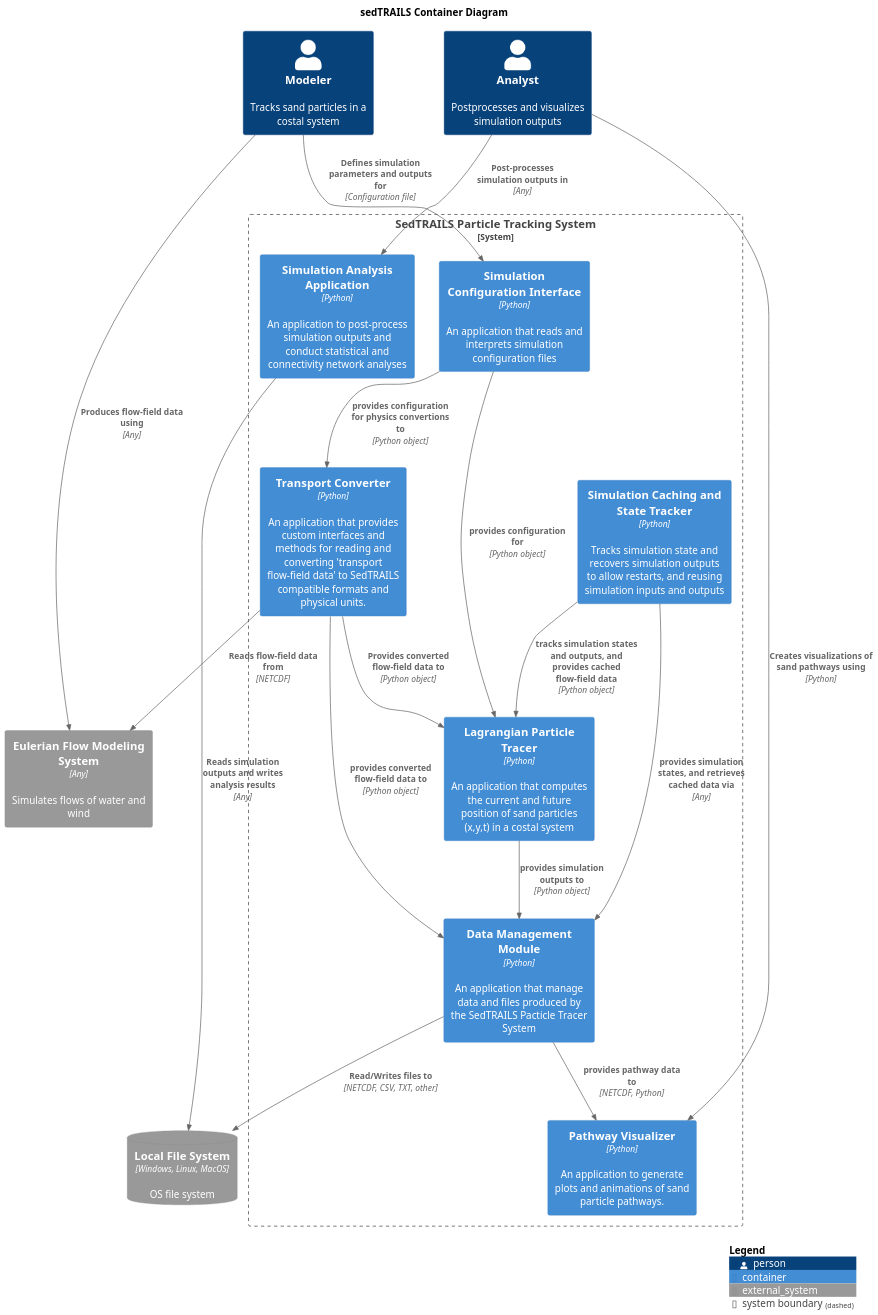
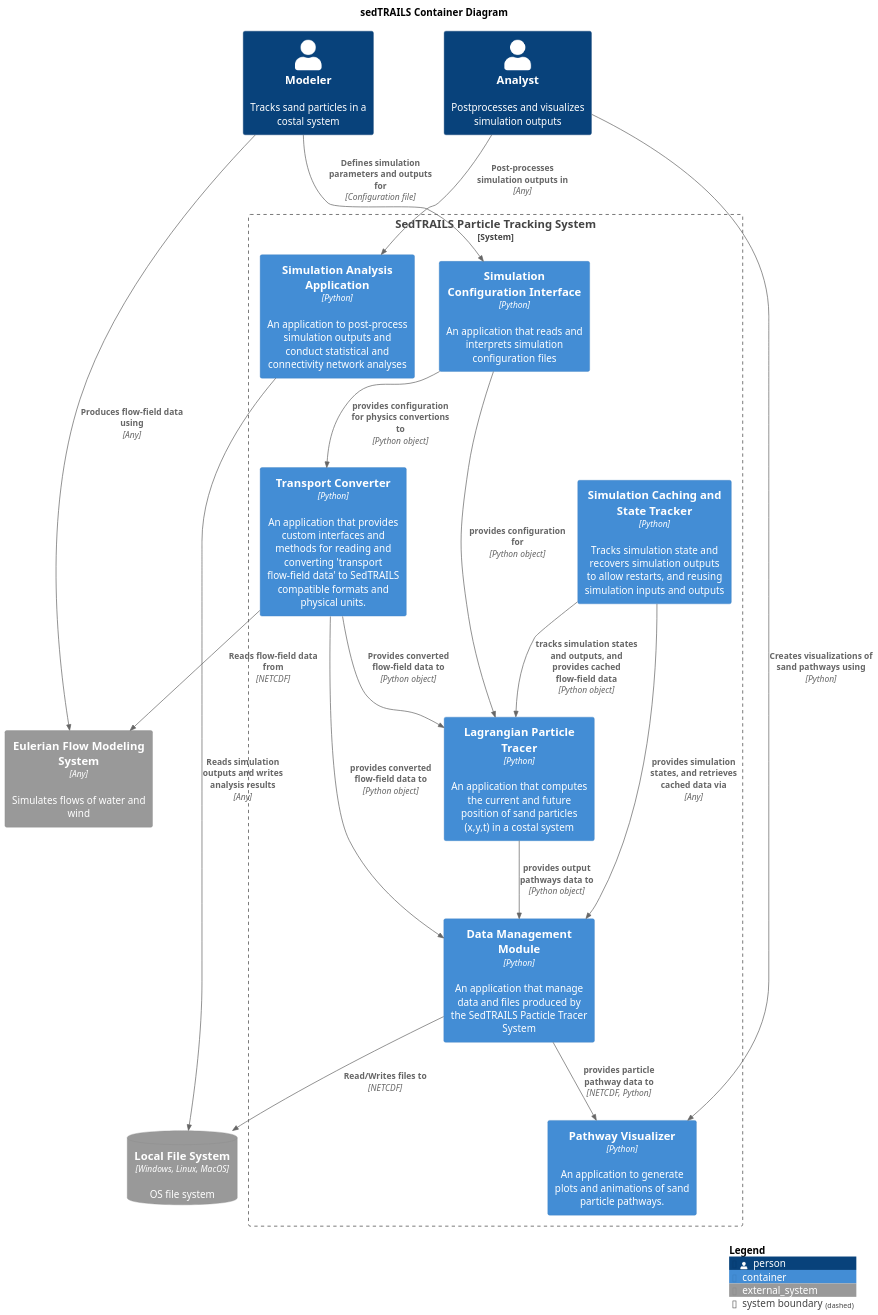
One commit to sgpearson17/sedtrails-sgp changed the diagram in diagrams/containers.puml. Above: the diagram before and after it, drawn with PlantUML.

Commit message:
Refine relationships in containers diagram for clarity and consistency

```diff
--- a/diagrams/containers.puml
+++ b/diagrams/containers.puml
@@ -1,61 +1,59 @@
 @startuml SedtrailContainer
 !include ./c4/C4_Container.puml
 
 title sedTRAILS Container Diagram
 scale 1.5
 ' LAYOUT_LANDSCAPE()
 
 
 Person(modeler, "Modeler", "Tracks sand particles in a costal system")
 Person(analyst, "Analyst", "Postprocesses and visualizes simulation outputs")
 
 System_Boundary(sedtrailsSystem, "SedTRAILS Particle Tracking System"){ 
     Container(sedtrailsTracer, "Lagrangian Particle Tracer", "Python", "An application that computes the current and future position of sand particles (x,y,t) in a costal system")
 
     Container(configInterface, "Simulation Configuration Interface", "Python", "An application that reads and interprets simulation configuration files")
 
     Container(transportConverter, "Transport Converter", "Python", "An application that provides custom interfaces and methods for reading and converting 'transport flow-field data' to SedTRAILS compatible formats and physical units.")
     Container(pathwayVisualizer, "Pathway Visualizer", "Python", "An application to generate plots and animations of sand particle pathways.")
     Container(cache, "Simulation Caching and State Tracker", "Python", "Tracks simulation state and recovers simulation outputs to allow restarts, and reusing simulation inputs and outputs")
     Container(dataManager, "Data Management Module", "Python", "An application that manage data and files produced by the SedTRAILS Pacticle Tracer System")
 
     ' Container(connectivityNetworkSys, "Connectivity Network Application", "Python", "Tools for connectivity network analysis")
 
     ' Container(statisticsSys, "Statistical Analysis Application", "Python", "Tools for various statistical analysis")
 
     Container(analystApp, "Simulation Analysis Application", "Python", "An application to post-process simulation outputs and conduct statistical and connectivity network analyses")
  
     Rel(transportConverter, sedtrailsTracer, "Provides converted flow-field data to", "Python object")
 
     Rel(cache, sedtrailsTracer, "tracks simulation states and outputs, and provides cached flow-field data", "Python object")
     Rel(configInterface, transportConverter, "provides configuration for physics convertions to", "Python object")
     Rel(configInterface, sedtrailsTracer, "provides configuration for", "Python object")
-    Rel(sedtrailsTracer, dataManager, "provides simulation outputs to", "Python object")
+    Rel(sedtrailsTracer, dataManager, "provides output pathways data to", "Python object")
 
     Rel(transportConverter, dataManager, "provides converted flow-field data to", "Python object") 
     Rel(cache, dataManager, "provides simulation states, and retrieves cached data via", "Any") 
 
-    Rel(dataManager, pathwayVisualizer, "provides pathway data to", "NETCDF, Python")
+    Rel(dataManager, pathwayVisualizer, "provides particle pathway data to", "NETCDF, Python")
 }
 System_Ext(flowSystem, "Eulerian Flow Modeling System", "Simulates flows of water and wind", $type="Any")
 
 SystemDb_Ext(fileSystem, "Local File System", "OS file system", $type="Windows, Linux, MacOS")
 
-Rel(dataManager, fileSystem, "Read/Writes files to", "NETCDF, CSV, TXT, other")
+Rel(dataManager, fileSystem, "Read/Writes files to", "NETCDF")
 
 Rel(modeler, configInterface, "Defines simulation parameters and outputs for", "Configuration file")
 
 ' Rel(dataManager, connectivityNetworkSys,  "Accesses simulation outputs using", "NETCDF")
 ' Rel(dataManager, statisticsSys,  "provides simulation outputs to", "NETCDF")
 
 Rel(analyst, pathwayVisualizer, "Creates visualizations of sand pathways using", "Python")
 Rel(analyst, analystApp, "Post-processes simulation outputs in", "Any")
 Rel(analystApp, fileSystem, "Reads simulation outputs and writes analysis results", "Any")
 
-' Rel(analyst, statisticsSys, "Post-processes simulation outputs in", "Any")
-
 Rel(modeler, flowSystem, "Produces flow-field data using", "Any")
 Rel(transportConverter, flowSystem, "Reads flow-field data from", "NETCDF")
 
 SHOW_LEGEND()
 @enduml
```
